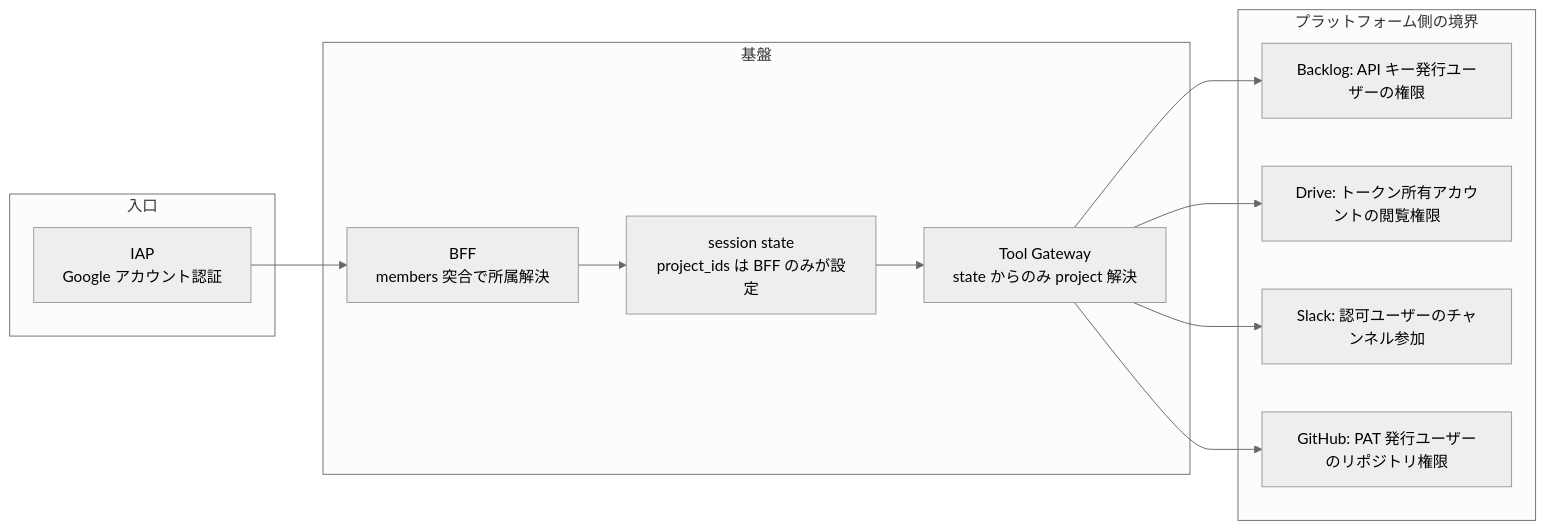
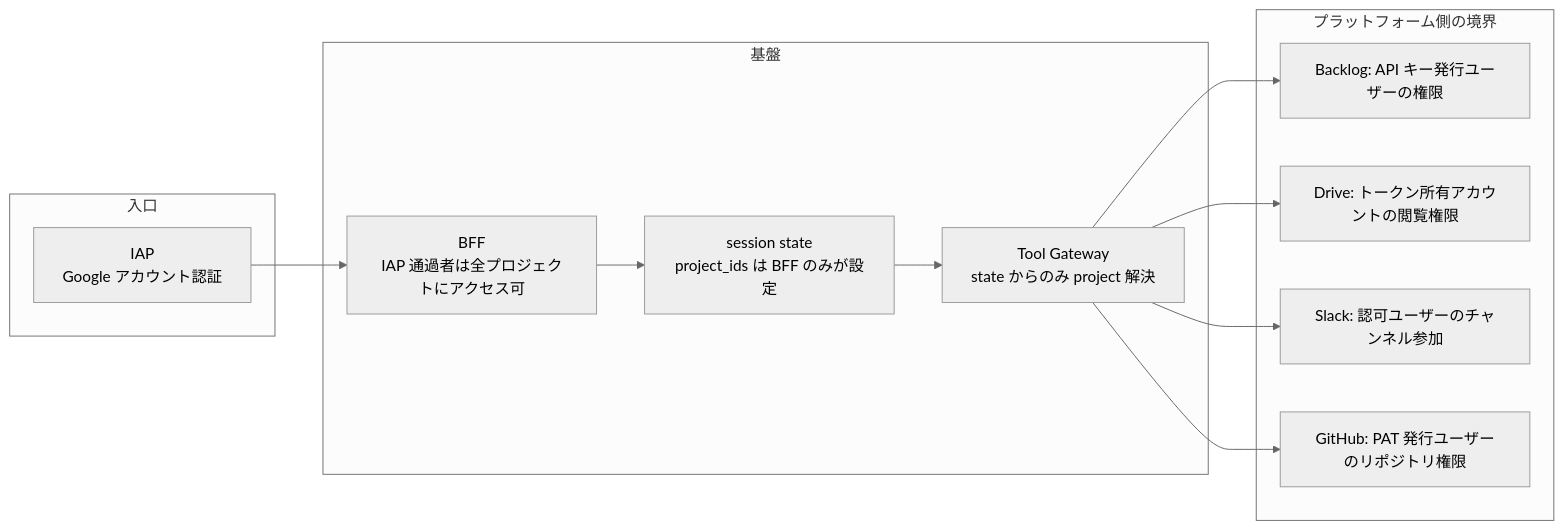
The diagram in docs/SECURITY.md (masanao-ohba/ws-agent), drawn with Mermaid (neutral theme) before and after one commit. The commit also changed other lines of this file and 11 other files, not shown here.

````diff
--- a/docs/SECURITY.md
+++ b/docs/SECURITY.md
@@ -15,18 +15,18 @@
 ```mermaid
 flowchart LR
     subgraph 入口
         A[IAP<br/>Google アカウント認証]
     end
     subgraph 基盤
-        B[BFF<br/>members 突合で所属解決]
+        B[BFF<br/>IAP 通過者は全プロジェクトにアクセス可]
         C[session state<br/>project_ids は BFF のみが設定]
         D[Tool Gateway<br/>state からのみ project 解決]
     end
     subgraph プラットフォーム側の境界
         E[Backlog: API キー発行ユーザーの権限]
         F[Drive: トークン所有アカウントの閲覧権限]
         G[Slack: 認可ユーザーのチャンネル参加]
         H[GitHub: PAT 発行ユーザーのリポジトリ権限]
     end
     A --> B --> C --> D --> E & F & G & H
 ```
````
